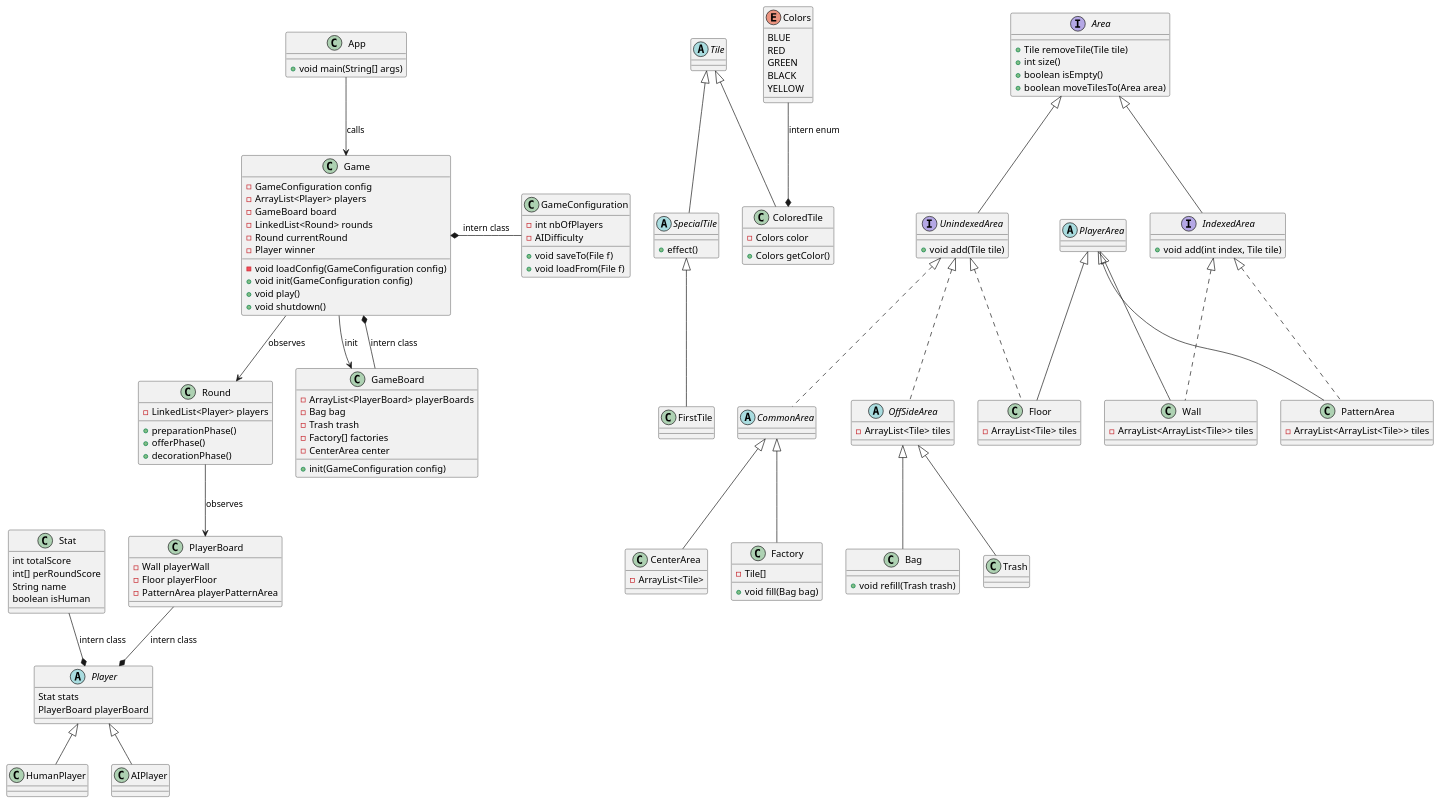
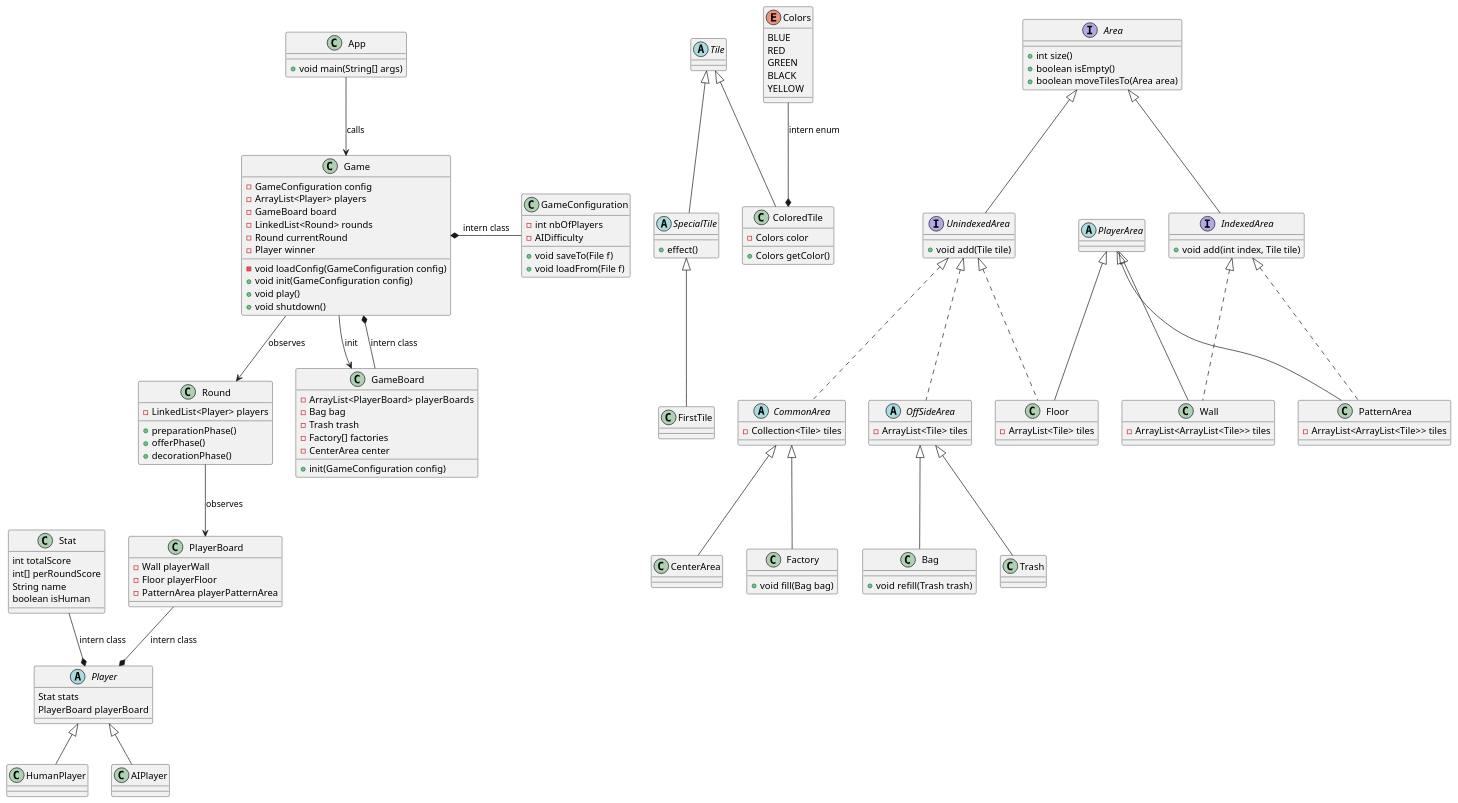
Before and after one commit to nsouff/Azul: the diagram in proj.puml, drawn with PlantUML. The commit also changed 1 other file, not shown here.

Commit message:
Delete removeTile from Area and Add Collection to CommonArea

```diff
--- a/proj.puml
+++ b/proj.puml
@@ -1,168 +1,165 @@
 @startuml
 
 Abstract class Tile {
 }
 
 
 Tile <|-- SpecialTile
 abstract class SpecialTile {
 	+effect()
 }
 
 Tile <|-- ColoredTile
 class ColoredTile {
 	-Colors color
 	+Colors getColor()
 }
 
 SpecialTile <|-- FirstTile
 class FirstTile
 
 Colors --* ColoredTile : "intern enum"
 enum Colors {
 	BLUE
 	RED
 	GREEN
 	BLACK
 	YELLOW
 }
 
 
 interface Area {
-	+Tile removeTile(Tile tile)
 	+int size()
 	+boolean isEmpty()
 	+boolean moveTilesTo(Area area)
 }
 Area <|-- UnindexedArea
 interface UnindexedArea {
 	+void add(Tile tile)
 }
 
 Area <|-- IndexedArea
 interface IndexedArea {
 	+void add(int index, Tile tile)
 }
 
 UnindexedArea <|.. OffSideArea
 abstract class OffSideArea {
 	-ArrayList<Tile> tiles
 }
 
 OffSideArea <|-- Bag
 class Bag {
 	+void refill(Trash trash)
 }
 
 OffSideArea <|-- Trash
 class Trash {
 
 }
 UnindexedArea <|.. CommonArea
-abstract class CommonArea
+abstract class CommonArea {
+	- Collection<Tile> tiles
+}
 CommonArea <|-- CenterArea
-class CenterArea {
-	-ArrayList<Tile>
-}
 CommonArea <|-- Factory
 class Factory {
-	-Tile[]
 	+void fill(Bag bag)
 }
 
 abstract class PlayerArea
 
 IndexedArea <|.. Wall
 PlayerArea <|-- Wall
 class Wall {
 	-ArrayList<ArrayList<Tile>> tiles
 }
 
 UnindexedArea <|.. Floor
 PlayerArea <|-- Floor
 class Floor {
 	-ArrayList<Tile> tiles
 }
 
 IndexedArea <|.. PatternArea
 PlayerArea <|-- PatternArea
 class PatternArea{
 	-ArrayList<ArrayList<Tile>> tiles
 }
 
 abstract class Player {
 	Stat stats
 	PlayerBoard playerBoard
 }
 
 Stat  --* Player : "intern class"
 class Stat {
 	int totalScore
 	int[] perRoundScore
 	String name
 	boolean isHuman
 }
 
 Player <|-- HumanPlayer
 Player <|-- AIPlayer
 
 
 class PlayerBoard
 PlayerBoard --* Player : "intern class"
 
 
 GameConfiguration -left-* Game : "intern class"
 class GameConfiguration {
 	-int nbOfPlayers
 	-AIDifficulty
 	+void saveTo(File f)
 	+void loadFrom(File f)
 }
 
 Game --> Round : "observes"
 class Game {
 	-GameConfiguration config
 	-ArrayList<Player> players
 	-GameBoard board
 	-LinkedList<Round> rounds
 	-Round currentRound
 	-Player winner
 	-void loadConfig(GameConfiguration config)
 	+void init(GameConfiguration config)
 	+void play()
 	+void shutdown()
 }
 
 Game --> GameBoard : "init"
 GameBoard --* Game : "intern class"
 class GameBoard {
 	-ArrayList<PlayerBoard> playerBoards
 	-Bag bag
 	-Trash trash
 	-Factory[] factories
 	-CenterArea center
 	+init(GameConfiguration config)
 }
 
 Round --> PlayerBoard : "observes"
 class PlayerBoard {
 	-Wall playerWall
 	-Floor playerFloor
 	-PatternArea playerPatternArea
 }
 
 class Round {
 	-LinkedList<Player> players
 	+preparationPhase()
 	+offerPhase()
 	+decorationPhase()
 }
 
 
 App --> Game : "calls"
 class App {
 	+void main(String[] args)
 }
 
 
 @enduml
```
